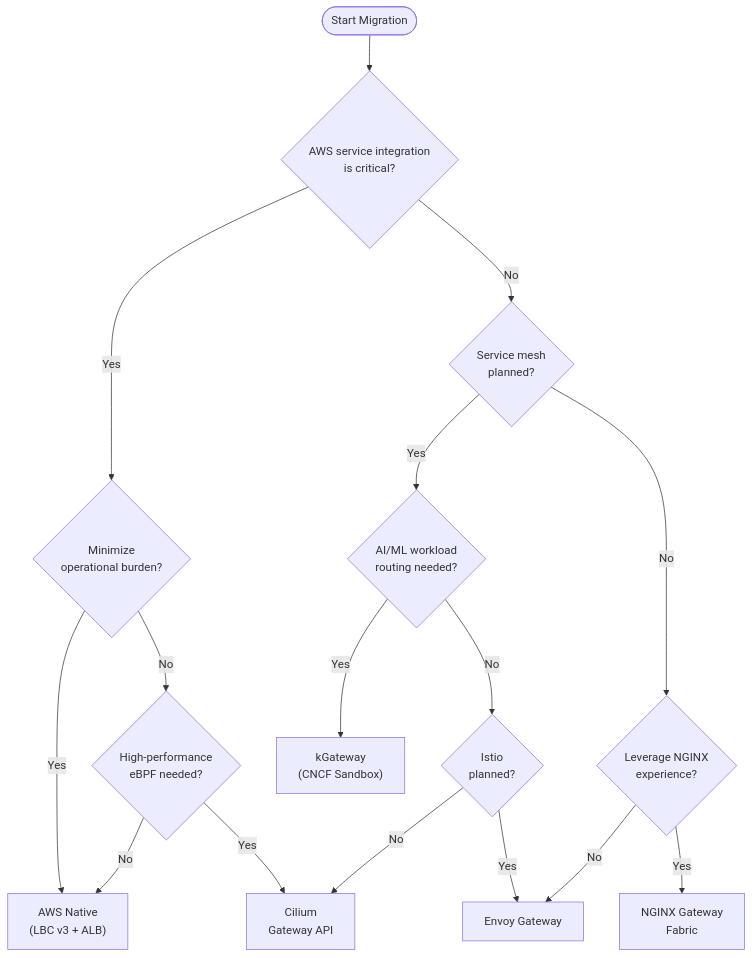
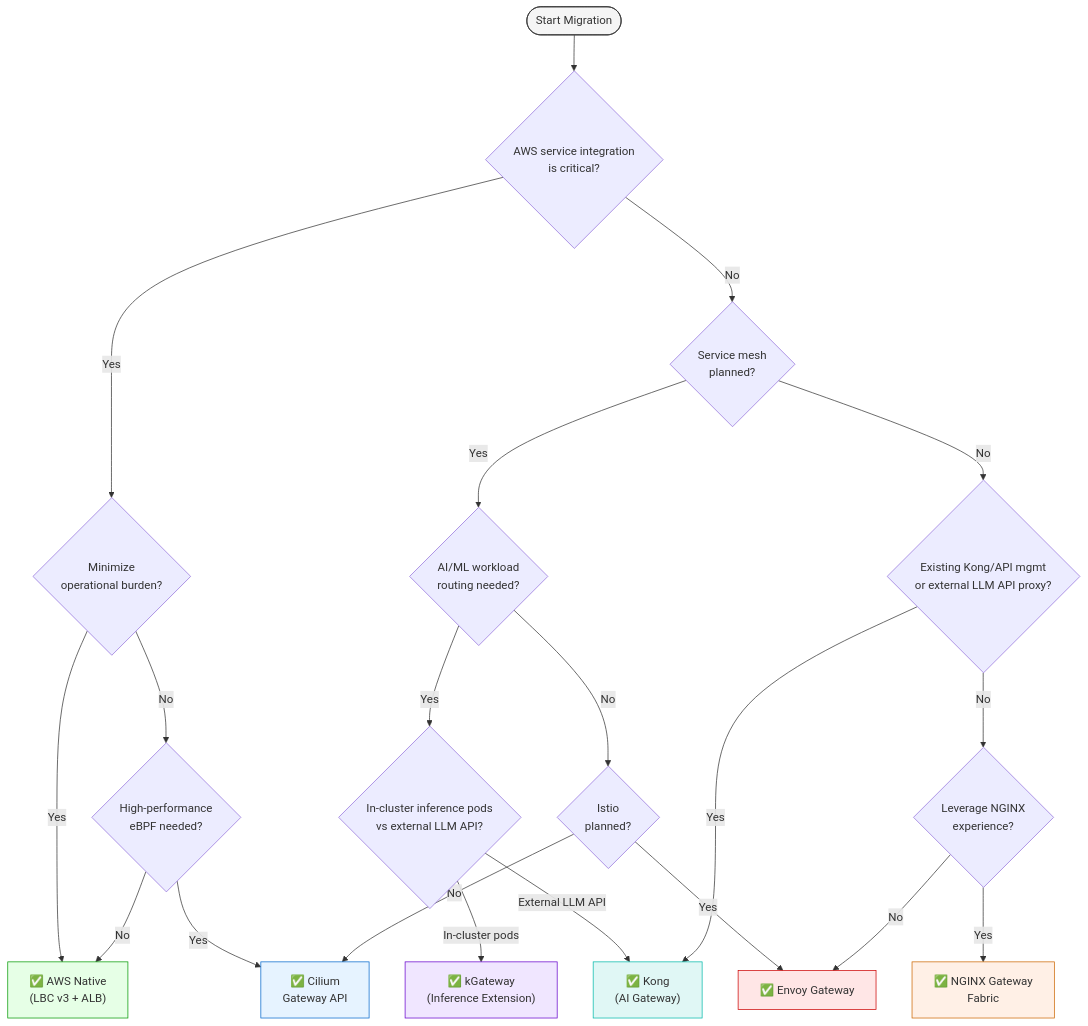
Before and after one commit to devfloor9/engineering-playbook: the seventh of 7 diagrams in i18n/en/docusaurus-plugin-content-docs/current/eks-best-practices/networking-performance/gateway-api-adoption-guide/index.md, drawn with Mermaid. The commit also changed other lines of this file and 23 other files, not shown here.

First line of the commit message:
docs(gateway): Kong 추가·시각화 개선 + 티어드 게이트웨이 용어 통일 + OpenRouter·hermes-agent 통합

````diff
--- a/i18n/en/docusaurus-plugin-content-docs/current/eks-best-practices/networking-performance/gateway-api-adoption-guide/index.md
+++ b/i18n/en/docusaurus-plugin-content-docs/current/eks-best-practices/networking-performance/gateway-api-adoption-guide/index.md
@@ -135,18 +766,39 @@
 ```mermaid
 flowchart TD
     start([Start Migration]) --> q1{AWS service integration<br/>is critical?}
+
     q1 -->|Yes| q2{Minimize<br/>operational burden?}
     q1 -->|No| q3{Service mesh<br/>planned?}
-    q2 -->|Yes| aws["AWS Native<br/>(LBC v3 + ALB)"]
+
+    q2 -->|Yes| aws["✅ AWS Native<br/>(LBC v3 + ALB)"]
     q2 -->|No| q4{High-performance<br/>eBPF needed?}
-    q4 -->|Yes| cilium["Cilium<br/>Gateway API"]
+
+    q4 -->|Yes| cilium["✅ Cilium<br/>Gateway API"]
     q4 -->|No| aws
+
     q3 -->|Yes| q5{AI/ML workload<br/>routing needed?}
-    q3 -->|No| q6{Leverage NGINX<br/>experience?}
-    q5 -->|Yes| kgw["kGateway<br/>(CNCF Sandbox)"]
+    q3 -->|No| q8{Existing Kong/API mgmt<br/>or external LLM API proxy?}
+
+    q5 -->|Yes| q5a{In-cluster inference pods<br/>vs external LLM API?}
     q5 -->|No| q7{Istio<br/>planned?}
-    q7 -->|Yes| envoy["Envoy Gateway"]
+
+    q5a -->|"In-cluster pods"| kgw["✅ kGateway<br/>(Inference Extension)"]
+    q5a -->|"External LLM API"| kong["✅ Kong<br/>(AI Gateway)"]
+
+    q7 -->|Yes| envoy["✅ Envoy Gateway"]
     q7 -->|No| cilium
-    q6 -->|Yes| nginx["NGINX Gateway<br/>Fabric"]
+
+    q8 -->|Yes| kong
+    q8 -->|No| q6{Leverage NGINX<br/>experience?}
+
+    q6 -->|Yes| nginx["✅ NGINX Gateway<br/>Fabric"]
     q6 -->|No| envoy
+
+    style start fill:#f5f5f5,stroke:#333
+    style aws fill:#e6ffe6,stroke:#009900
+    style cilium fill:#e6f3ff,stroke:#0066cc
+    style nginx fill:#fff0e6,stroke:#cc6600
+    style envoy fill:#ffe6e6,stroke:#cc0000
+    style kgw fill:#f0e6ff,stroke:#6600cc
+    style kong fill:#e0f7f5,stroke:#00b9aa
 ```
````
